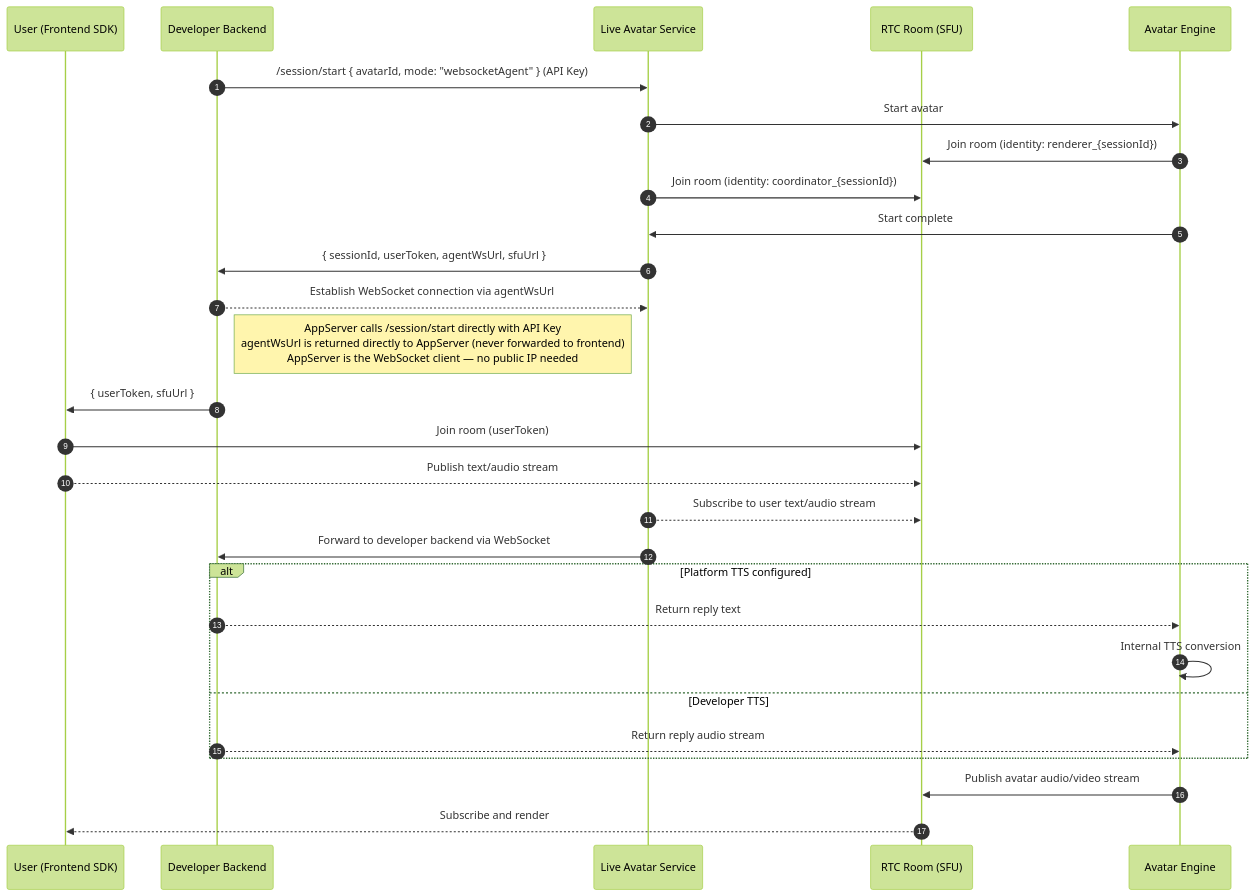
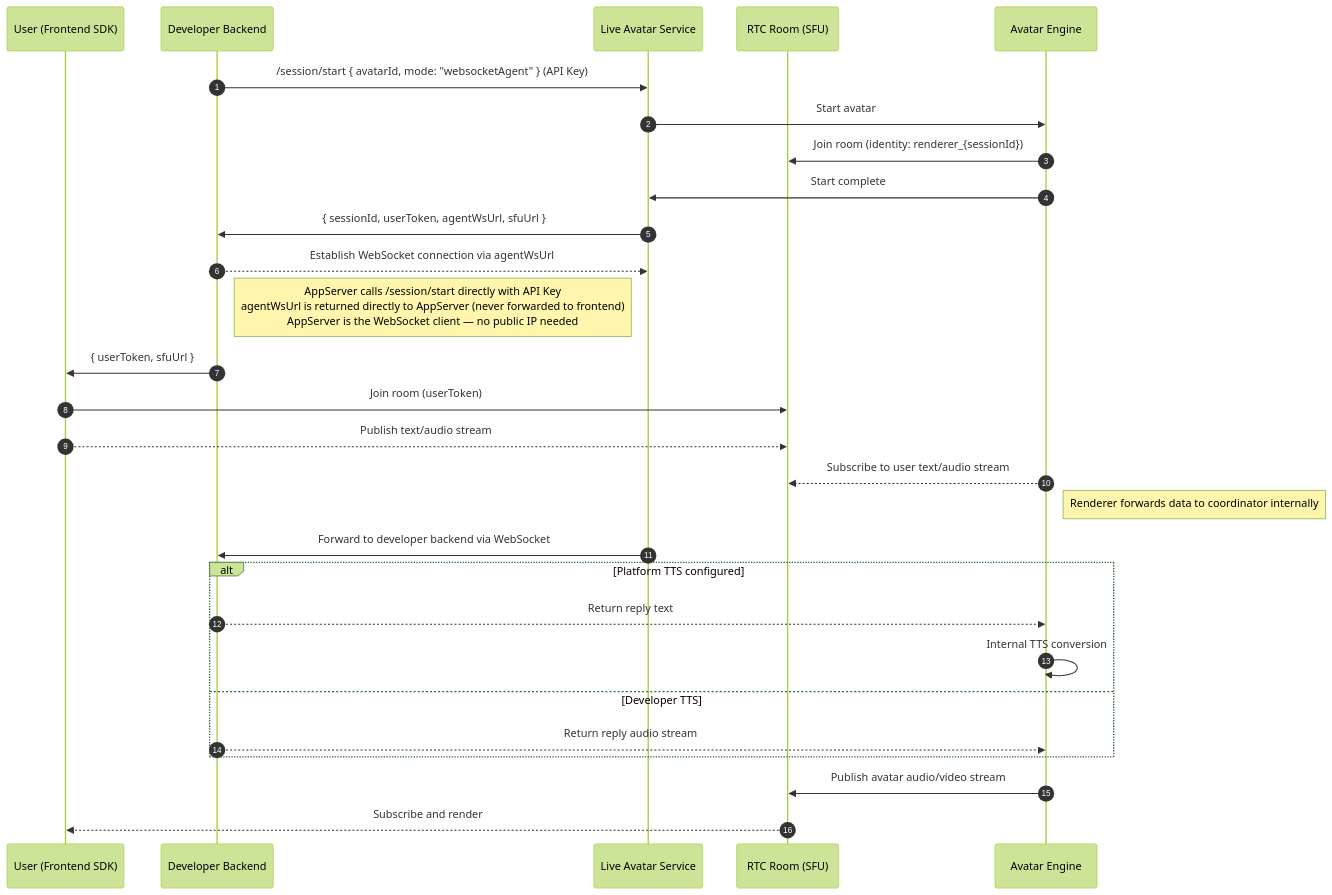
Before and after one commit to newportAI-lab/liveavatar-channel: the first of 2 diagrams in PROTOCOL.md, drawn with Mermaid (forest theme). The commit also changed other lines of this file and 1 other file, not shown here.

Commit message:
remove  coordinator from participants

````diff
--- a/PROTOCOL.md
+++ b/PROTOCOL.md
@@ -78,35 +78,35 @@
 ```mermaid
 sequenceDiagram
     autonumber
     participant User as User (Frontend SDK)
     participant AppServer as Developer Backend
     participant Platform as Live Avatar Service
     participant RTC as RTC Room (SFU)
     participant Avatar as Avatar Engine
 
     AppServer->>Platform: /session/start { avatarId, mode: "websocketAgent" } (API Key)
     Platform->>Avatar: Start avatar
     Avatar->>RTC: Join room (identity: renderer_{sessionId})
-    Platform->>RTC: Join room (identity: coordinator_{sessionId})
     Avatar->>Platform: Start complete
     Platform->>AppServer: { sessionId, userToken, agentWsUrl, sfuUrl }
     AppServer-->>Platform: Establish WebSocket connection via agentWsUrl
     Note right of AppServer: AppServer calls /session/start directly with API Key<br/>agentWsUrl is returned directly to AppServer (never forwarded to frontend)<br/>AppServer is the WebSocket client — no public IP needed
     AppServer->>User: { userToken, sfuUrl }
 
     User->>RTC: Join room (userToken)
     User-->>RTC: Publish text/audio stream
 
-    Platform-->>RTC: Subscribe to user text/audio stream
+    Avatar-->>RTC: Subscribe to user text/audio stream
+    Note right of Avatar: Renderer forwards data to coordinator internally
     Platform->>AppServer: Forward to developer backend via WebSocket
 
     alt Platform TTS configured
         AppServer-->>Avatar: Return reply text
         Avatar->>Avatar: Internal TTS conversion
     else Developer TTS
         AppServer-->>Avatar: Return reply audio stream
     end
 
     Avatar->>RTC: Publish avatar audio/video stream
     RTC-->>User: Subscribe and render
 ```
````
